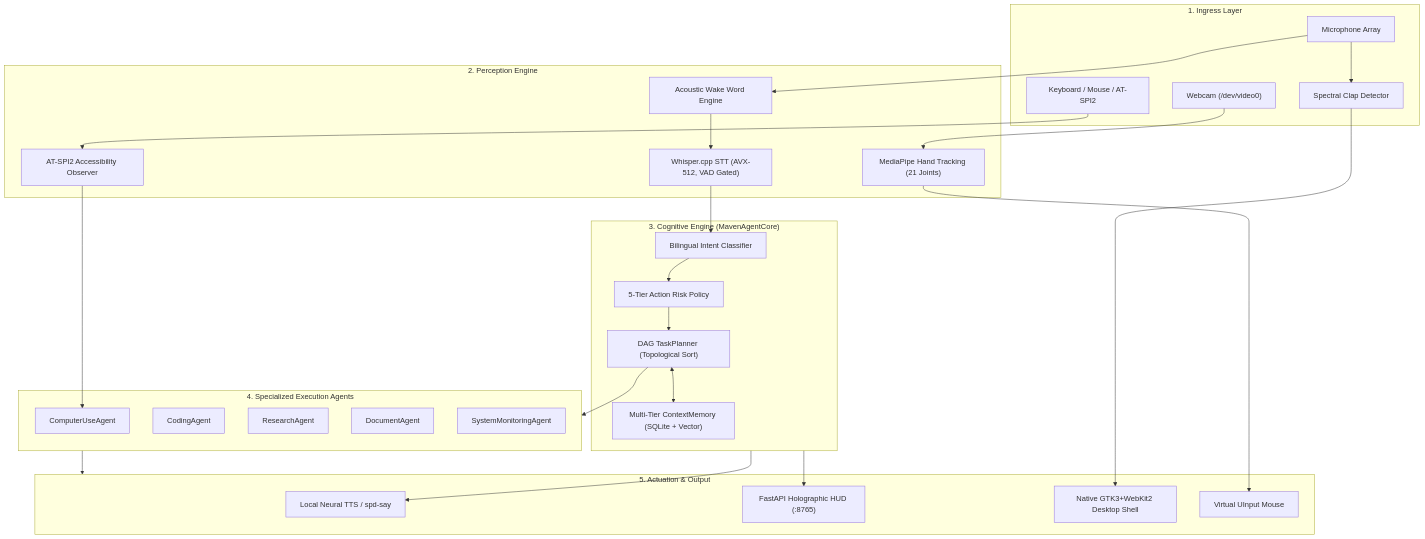
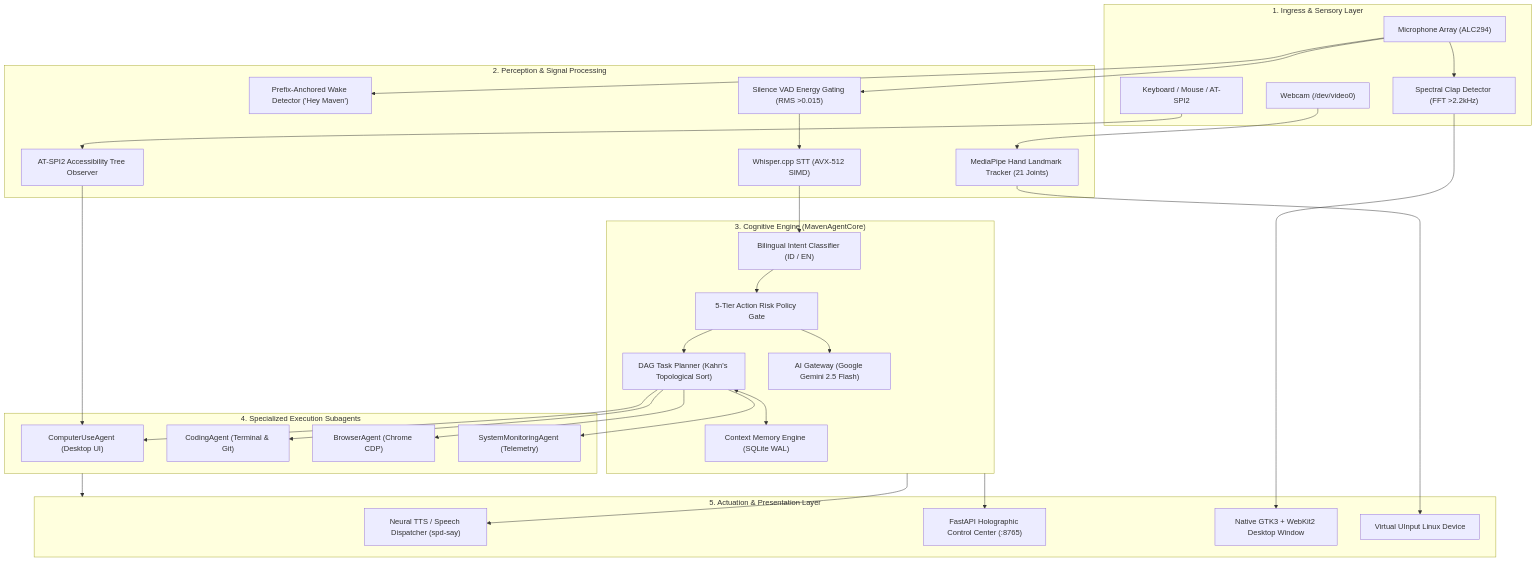
Before and after one commit to Maverick-list/MAVEN_AI_Agent: the first of 2 diagrams in README.md, drawn with Mermaid. The commit also changed other lines of this file and 28 other files, not shown here.

````diff
--- a/README.md
+++ b/README.md
@@ -96,51 +199,53 @@
 ```mermaid
 flowchart TB
-    subgraph Ingress ["1. Ingress Layer"]
-        MIC["Microphone Array"]
+    subgraph Ingress ["1. Ingress & Sensory Layer"]
+        MIC["Microphone Array (ALC294)"]
         CAM["Webcam (/dev/video0)"]
-        CLAP["Spectral Clap Detector"]
+        CLAP["Spectral Clap Detector (FFT >2.2kHz)"]
         TOUCH["Keyboard / Mouse / AT-SPI2"]
     end
 
-    subgraph Perception ["2. Perception Engine"]
-        WAKE["Acoustic Wake Word Engine"]
-        STT["Whisper.cpp STT (AVX-512, VAD Gated)"]
-        GESTURE["MediaPipe Hand Tracking (21 Joints)"]
-        SCREEN["AT-SPI2 Accessibility Observer"]
+    subgraph Perception ["2. Perception & Signal Processing"]
+        WAKE["Prefix-Anchored Wake Detector ('Hey Maven')"]
+        VAD["Silence VAD Energy Gating (RMS >0.015)"]
+        STT["Whisper.cpp STT (AVX-512 SIMD)"]
+        VISION["MediaPipe Hand Landmark Tracker (21 Joints)"]
+        A11Y["AT-SPI2 Accessibility Tree Observer"]
     end
 
-    subgraph Brain ["3. Cognitive Engine (MavenAgentCore)"]
-        INTENT["Bilingual Intent Classifier"]
-        SEC["5-Tier Action Risk Policy"]
-        DAG["DAG TaskPlanner (Topological Sort)"]
-        MEM["Multi-Tier ContextMemory (SQLite + Vector)"]
+    subgraph Cognition ["3. Cognitive Engine (MavenAgentCore)"]
+        ROUTER["Bilingual Intent Classifier (ID / EN)"]
+        GATE["5-Tier Action Risk Policy Gate"]
+        DAG["DAG Task Planner (Kahn's Topological Sort)"]
+        MEM["Context Memory Engine (SQLite WAL)"]
+        LLM["AI Gateway (Google Gemini 2.5 Flash)"]
     end
 
-    subgraph Agents ["4. Specialized Execution Agents"]
-        A1["ComputerUseAgent"]
-        A2["CodingAgent"]
-        A3["ResearchAgent"]
-        A4["DocumentAgent"]
-        A5["SystemMonitoringAgent"]
+    subgraph Subagents ["4. Specialized Execution Subagents"]
+        CU["ComputerUseAgent (Desktop UI)"]
+        CODE["CodingAgent (Terminal & Git)"]
+        BROWSER["BrowserAgent (Chrome CDP)"]
+        SYS["SystemMonitoringAgent (Telemetry)"]
     end
 
-    subgraph Output ["5. Actuation & Output"]
-        TTS["Local Neural TTS / spd-say"]
-        HUD["FastAPI Holographic HUD (:8765)"]
-        GUI["Native GTK3+WebKit2 Desktop Shell"]
-        MOUSE["Virtual UInput Mouse"]
+    subgraph Actuation ["5. Actuation & Presentation Layer"]
+        TTS["Neural TTS / Speech Dispatcher (spd-say)"]
+        HUD["FastAPI Holographic Control Center (:8765)"]
+        SHELL["Native GTK3 + WebKit2 Desktop Window"]
+        INPUT["Virtual UInput Linux Device"]
     end
 
-    MIC --> WAKE & CLAP
-    WAKE --> STT --> INTENT
-    CLAP --> GUI
-    CAM --> GESTURE --> MOUSE
-    TOUCH --> SCREEN --> A1
+    MIC --> WAKE & CLAP & VAD
+    VAD --> STT --> ROUTER
+    CLAP --> SHELL
+    CAM --> VISION --> INPUT
+    TOUCH --> A11Y --> CU
 
-    INTENT --> SEC --> DAG
+    ROUTER --> GATE
+    GATE --> LLM & DAG
     DAG <--> MEM
-    DAG --> Agents
+    DAG --> CU & CODE & BROWSER & SYS
 
-    Agents --> Output
-    Brain --> TTS & HUD
+    Subagents --> Actuation
+    Cognition --> TTS & HUD
 ```
````
